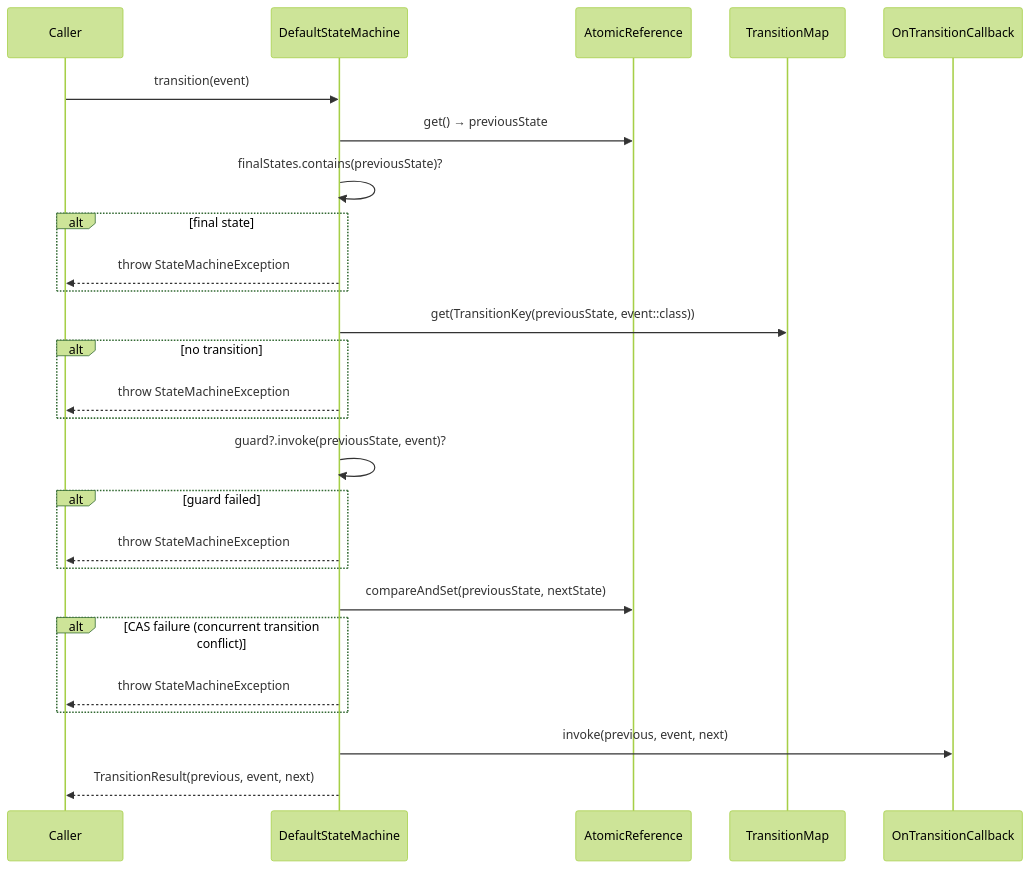
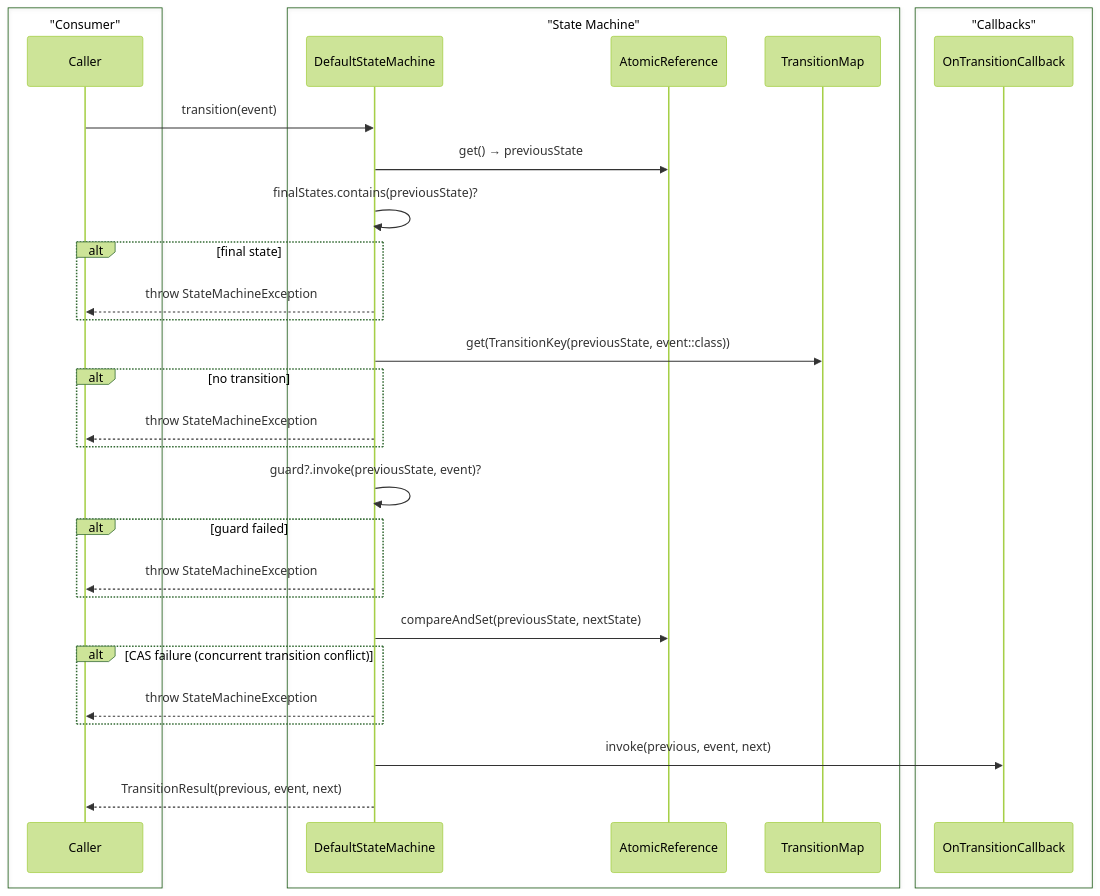
Before and after one commit to bluetape4k/bluetape4k-projects: the seventh of 8 diagrams in utils/states/README.md, drawn with Mermaid (forest theme). The commit also changed other lines of this file and 221 other files, not shown here.

First line of the commit message:
docs: 전체 모듈 README UML 다이어그램 보강 및 색상 업그레이드

````diff
--- a/utils/states/README.md
+++ b/utils/states/README.md
@@ -291,29 +320,35 @@
 ```mermaid
 sequenceDiagram
+    box "Consumer" #E8F5E9
     participant Caller
+    end
+    box "State Machine" #E3F2FD
     participant DefaultStateMachine
     participant AtomicReference
     participant TransitionMap
+    end
+    box "Callbacks" #FFF3E0
     participant OnTransitionCallback
+    end
 
     Caller->>DefaultStateMachine: transition(event)
     DefaultStateMachine->>AtomicReference: get() → previousState
     DefaultStateMachine->>DefaultStateMachine: finalStates.contains(previousState)?
     alt final state
         DefaultStateMachine-->>Caller: throw StateMachineException
     end
     DefaultStateMachine->>TransitionMap: get(TransitionKey(previousState, event::class))
     alt no transition
         DefaultStateMachine-->>Caller: throw StateMachineException
     end
     DefaultStateMachine->>DefaultStateMachine: guard?.invoke(previousState, event)?
     alt guard failed
         DefaultStateMachine-->>Caller: throw StateMachineException
     end
     DefaultStateMachine->>AtomicReference: compareAndSet(previousState, nextState)
     alt CAS failure (concurrent transition conflict)
         DefaultStateMachine-->>Caller: throw StateMachineException
     end
     DefaultStateMachine->>OnTransitionCallback: invoke(previous, event, next)
     DefaultStateMachine-->>Caller: TransitionResult(previous, event, next)
 ```
````
